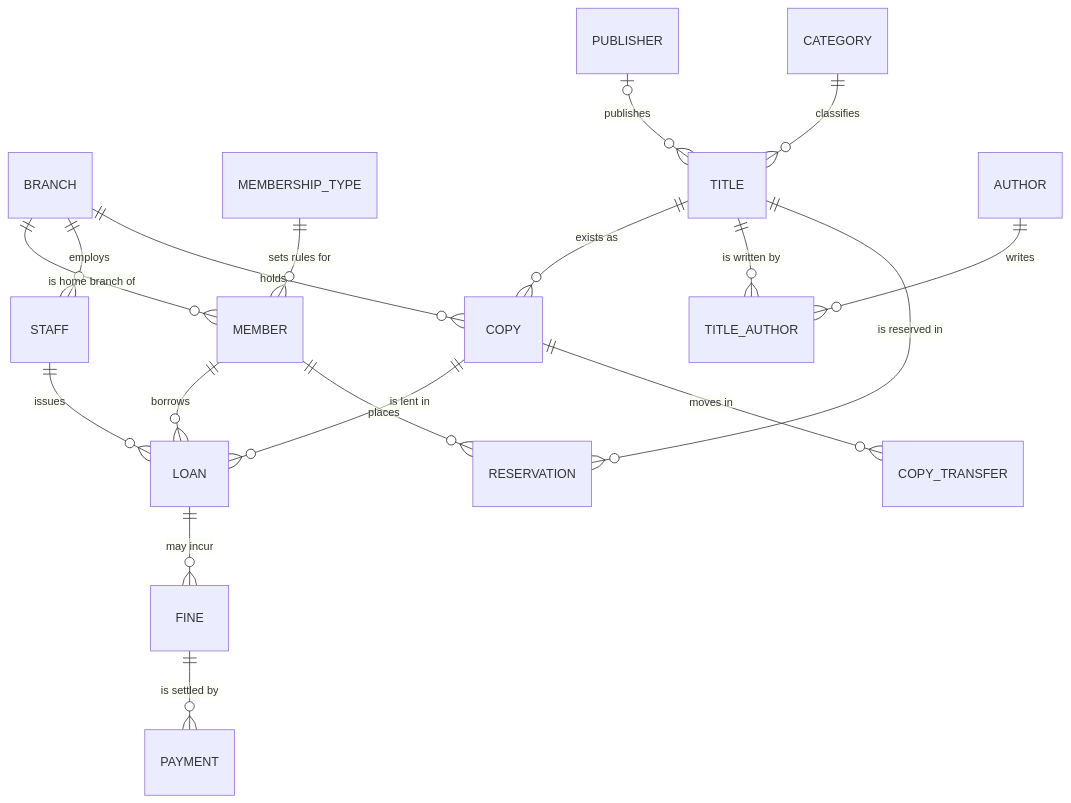
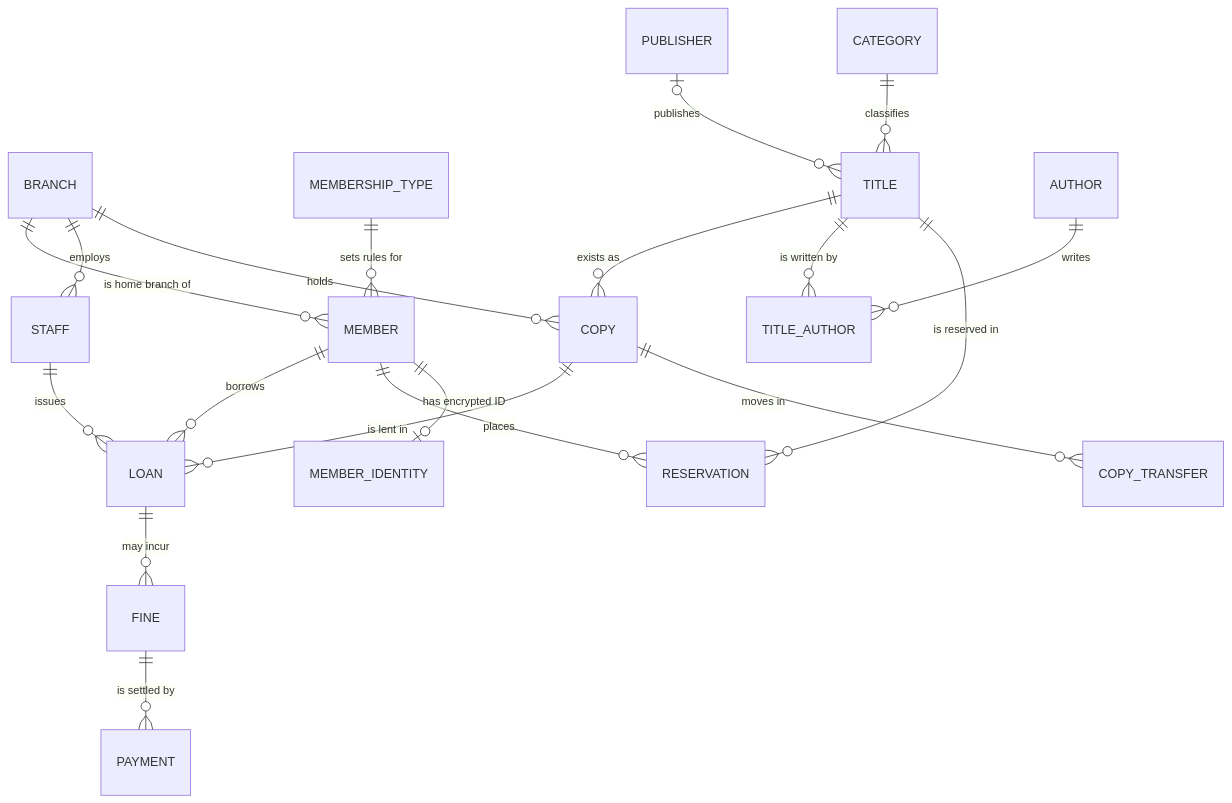
One commit to Antonellaakosa/advanced-database-portfolio changed the diagram in portfolio-1-database-design/README.md. Above: the diagram before and after it, drawn with Mermaid. The commit also changed other lines of this file and 4 other files, not shown here.

Commit message:
Update Portfolio 1 README and ER diagram for security extensions (17 tables)

````diff
--- a/portfolio-1-database-design/README.md
+++ b/portfolio-1-database-design/README.md
@@ -59,20 +65,21 @@
 ```mermaid
 erDiagram
     BRANCH ||--o{ MEMBER : "is home branch of"
     BRANCH ||--o{ STAFF : employs
     BRANCH ||--o{ COPY : holds
     MEMBERSHIP_TYPE ||--o{ MEMBER : "sets rules for"
     MEMBER ||--o{ LOAN : borrows
     COPY ||--o{ LOAN : "is lent in"
     STAFF ||--o{ LOAN : issues
     TITLE ||--o{ COPY : "exists as"
     PUBLISHER |o--o{ TITLE : publishes
     CATEGORY ||--o{ TITLE : classifies
     TITLE ||--o{ TITLE_AUTHOR : "is written by"
     AUTHOR ||--o{ TITLE_AUTHOR : writes
     MEMBER ||--o{ RESERVATION : places
     TITLE ||--o{ RESERVATION : "is reserved in"
     COPY ||--o{ COPY_TRANSFER : "moves in"
     LOAN ||--o{ FINE : "may incur"
     FINE ||--o{ PAYMENT : "is settled by"
+    MEMBER ||--o| MEMBER_IDENTITY : "has encrypted ID"
 ```
````
